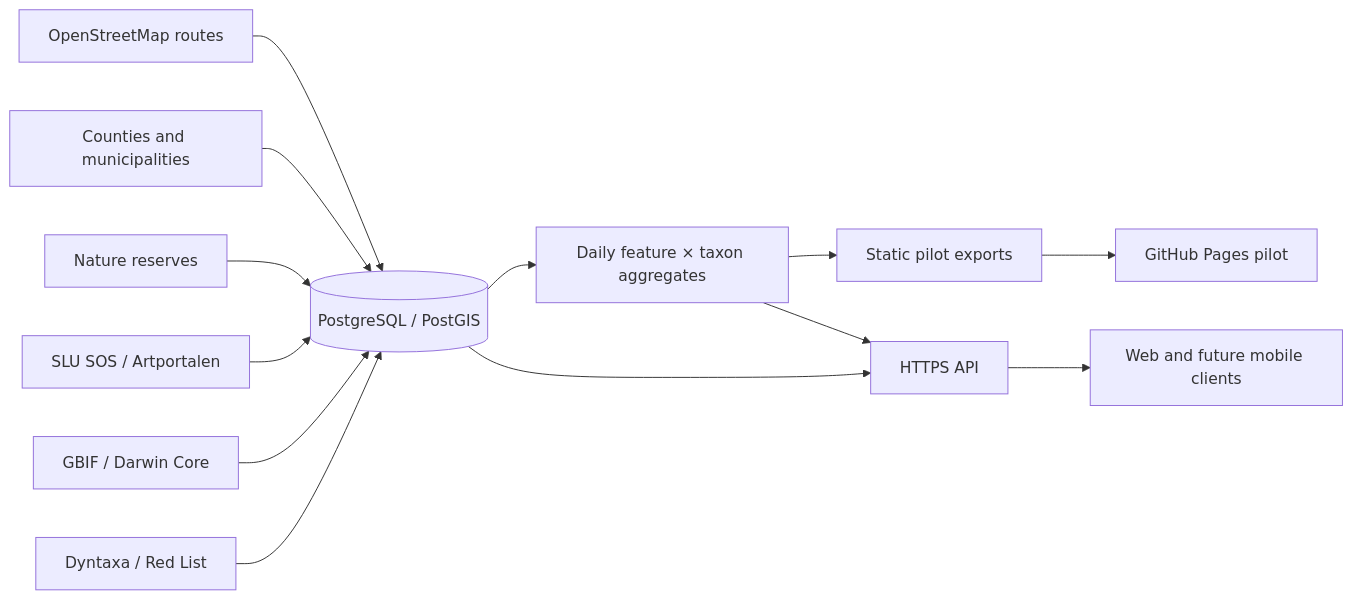
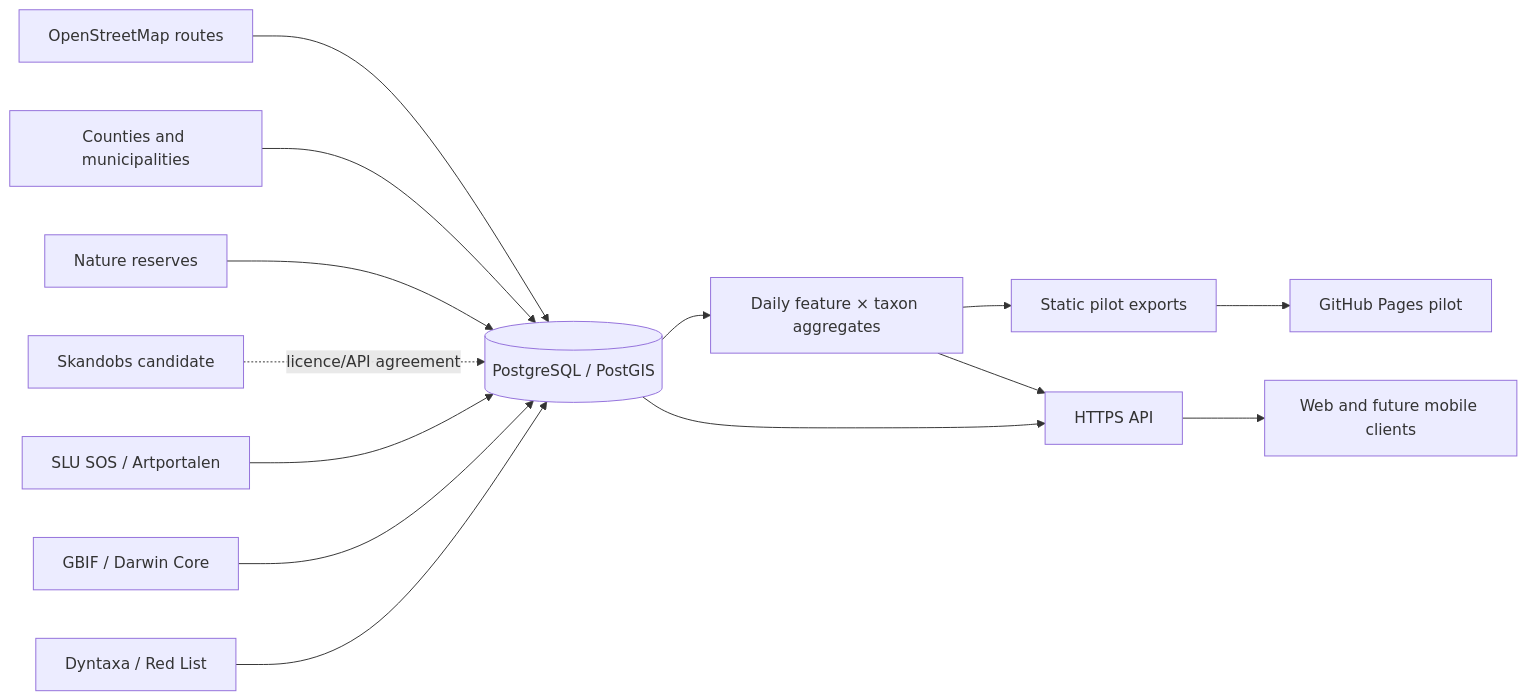
The diagram in README.md (JakubPelka/VildaLeder), drawn with Mermaid before and after one commit. The commit also changed other lines of this file and 16 other files, not shown here.

````diff
--- a/README.md
+++ b/README.md
@@ -175,15 +205,16 @@
 ```mermaid
 flowchart LR
     OSM[OpenStreetMap routes] --> DB[(PostgreSQL / PostGIS)]
     Admin[Counties and municipalities] --> DB
     Reserves[Nature reserves] --> DB
+    Skandobs[Skandobs candidate] -. licence/API agreement .-> DB
     SOS[SLU SOS / Artportalen] --> DB
     GBIF[GBIF / Darwin Core] --> DB
     Taxa[Dyntaxa / Red List] --> DB
     DB --> Daily[Daily feature × taxon aggregates]
     Daily --> Export[Static pilot exports]
     Daily --> API[HTTPS API]
     DB --> API
     Export --> Web[GitHub Pages pilot]
     API --> Clients[Web and future mobile clients]
 ```
````
